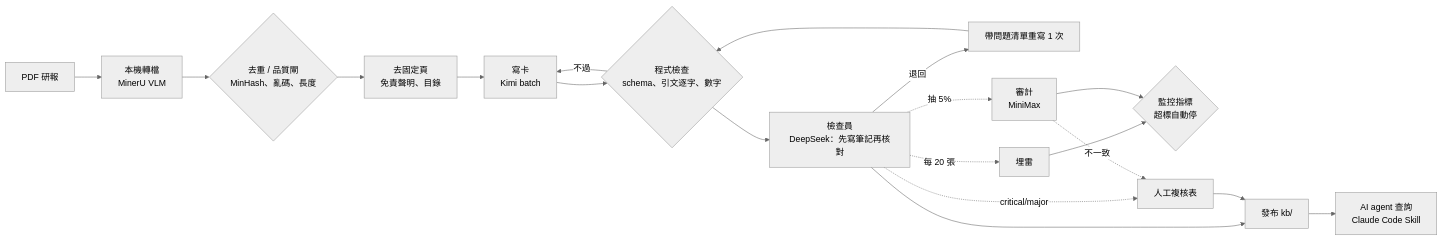
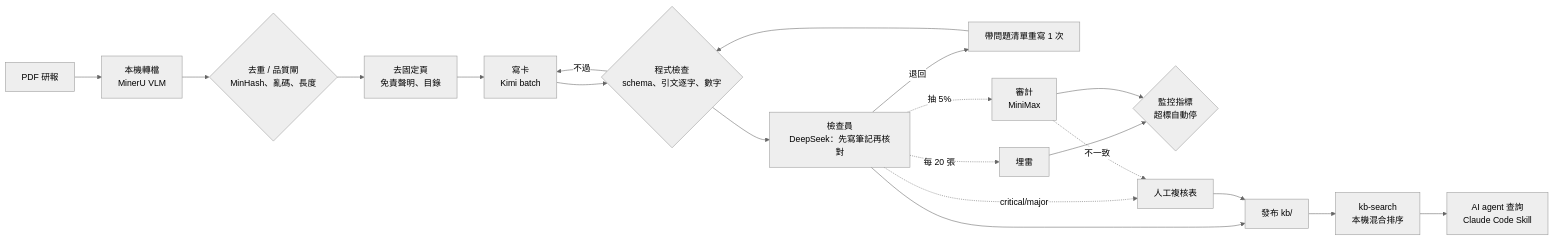
The diagram in README.md (frankchu8778/quant-kb), drawn with Mermaid (neutral theme) before and after one commit. The commit also changed other lines of this file, not shown here.

Commit message:
README：查詢優化（kb-search 混合排序、分層讀取）、skill 調用方式、查詢服務與安裝

````diff
--- a/README.md
+++ b/README.md
@@ -32,20 +33,21 @@
 ```mermaid
 flowchart LR
     A[PDF 研報] --> B[本機轉檔<br/>MinerU VLM]
     B --> C{去重 / 品質閘<br/>MinHash、亂碼、長度}
     C --> D[去固定頁<br/>免責聲明、目錄]
     D --> E[寫卡<br/>Kimi batch]
     E --> F{程式檢查<br/>schema、引文逐字、數字}
     F -- 不過 --> E
     F --> G[檢查員<br/>DeepSeek：先寫筆記再核對]
     G -- 退回 --> R[帶問題清單重寫 1 次]
     R --> F
     G --> H[發布 kb/]
     G -. 每 20 張 .-> I[埋雷]
     G -. 抽 5% .-> J[審計<br/>MiniMax]
     I & J --> M{監控指標<br/>超標自動停}
     G -. critical/major .-> K[人工複核表]
     J -. 不一致 .-> K
     K --> H
-    H --> L[AI agent 查詢<br/>Claude Code Skill]
+    H --> S[kb-search<br/>本機混合排序]
+    S --> L[AI agent 查詢<br/>Claude Code Skill]
 ```
````
